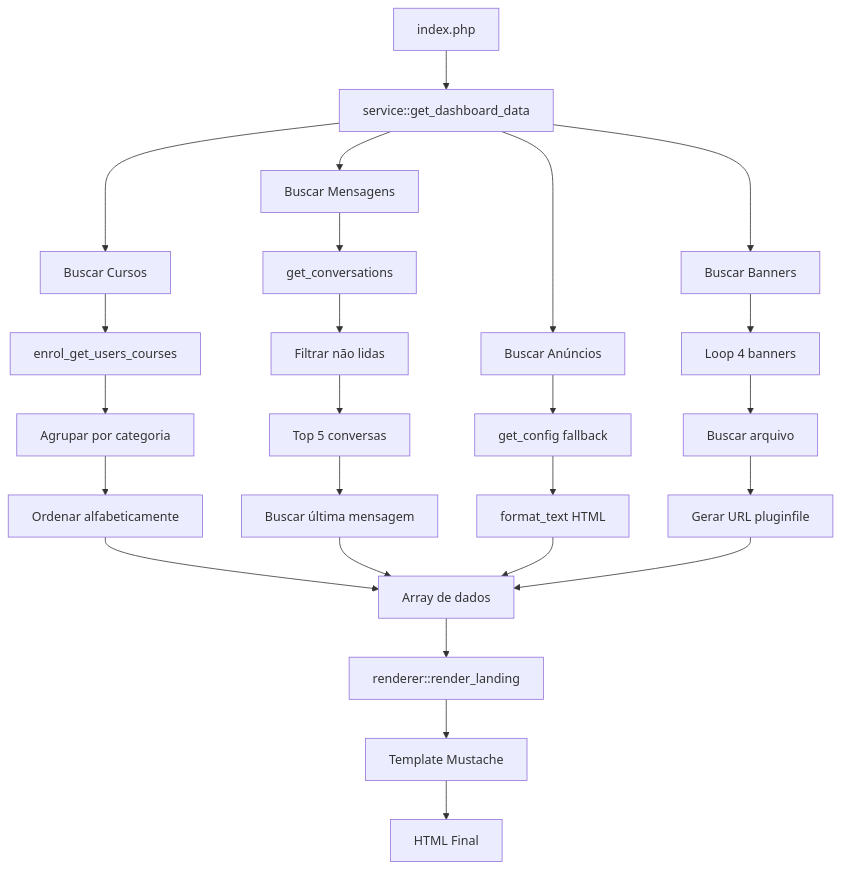
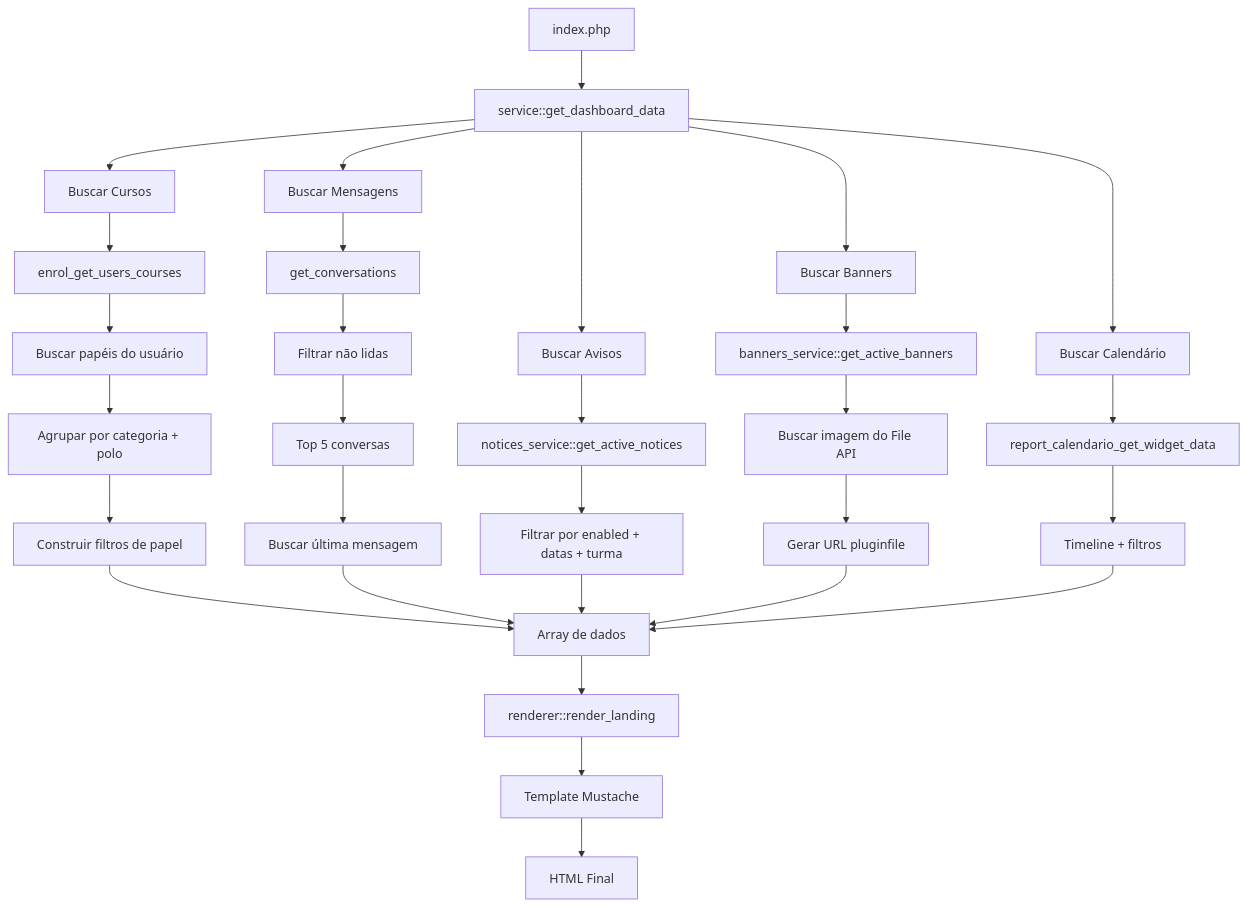
One commit to inovatecead/dashboard changed the third of 3 diagrams in spec.md. Above: the diagram before and after it, drawn with Mermaid. The commit also changed other lines of this file and 12 other files, not shown here.

````diff
--- a/spec.md
+++ b/spec.md
@@ -697,33 +782,39 @@
 ```mermaid
 graph TD
     A[index.php] --> B[service::get_dashboard_data]
     B --> C[Buscar Cursos]
     B --> D[Buscar Mensagens]
-    B --> E[Buscar Anúncios]
+    B --> E[Buscar Avisos]
     B --> F[Buscar Banners]
+    B --> G[Buscar Calendário]
     
     C --> C1[enrol_get_users_courses]
-    C1 --> C2[Agrupar por categoria]
-    C2 --> C3[Ordenar alfabeticamente]
+    C1 --> C2[Buscar papéis do usuário]
+    C2 --> C3[Agrupar por categoria + polo]
+    C3 --> C4[Construir filtros de papel]
     
     D --> D1[get_conversations]
     D1 --> D2[Filtrar não lidas]
     D2 --> D3[Top 5 conversas]
     D3 --> D4[Buscar última mensagem]
     
-    E --> E1[get_config fallback]
-    E1 --> E2[format_text HTML]
+    E --> E1[notices_service::get_active_notices]
+    E1 --> E2[Filtrar por enabled + datas + turma]
     
-    F --> F1[Loop 4 banners]
-    F1 --> F2[Buscar arquivo]
+    F --> F1[banners_service::get_active_banners]
+    F1 --> F2[Buscar imagem do File API]
     F2 --> F3[Gerar URL pluginfile]
     
-    C3 --> G[Array de dados]
-    D4 --> G
-    E2 --> G
-    F3 --> G
+    G --> G1[report_calendario_get_widget_data]
+    G1 --> G2[Timeline + filtros]
     
-    G --> H[renderer::render_landing]
-    H --> I[Template Mustache]
-    I --> J[HTML Final]
+    C4 --> H[Array de dados]
+    D4 --> H
+    E2 --> H
+    F3 --> H
+    G2 --> H
+    
+    H --> I[renderer::render_landing]
+    I --> J[Template Mustache]
+    J --> K[HTML Final]
 ```
````
